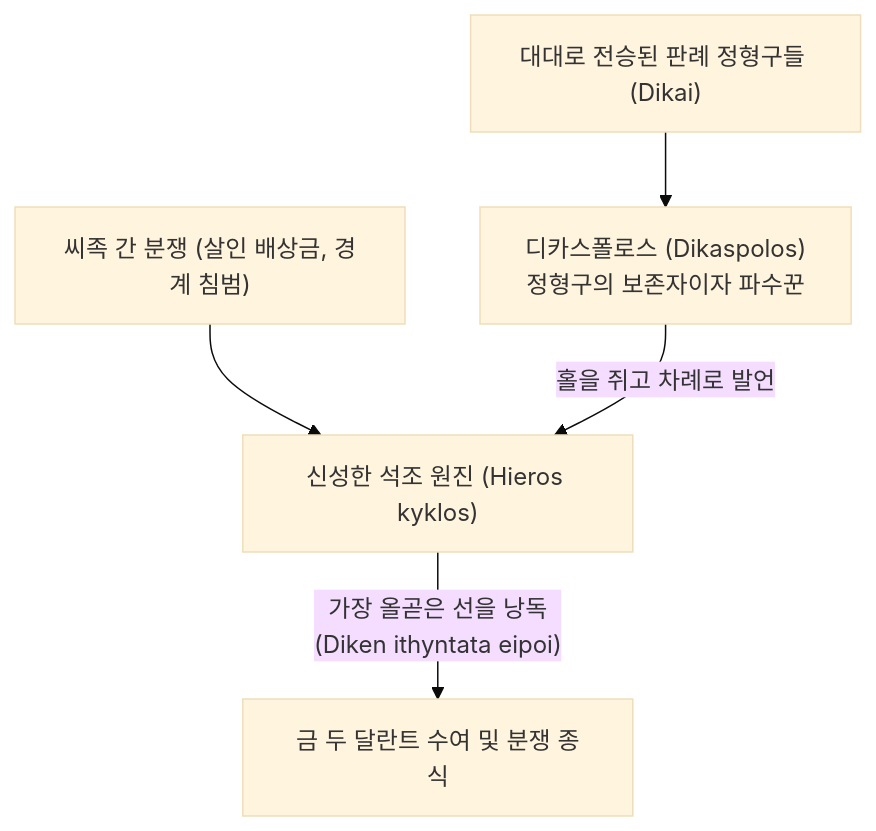
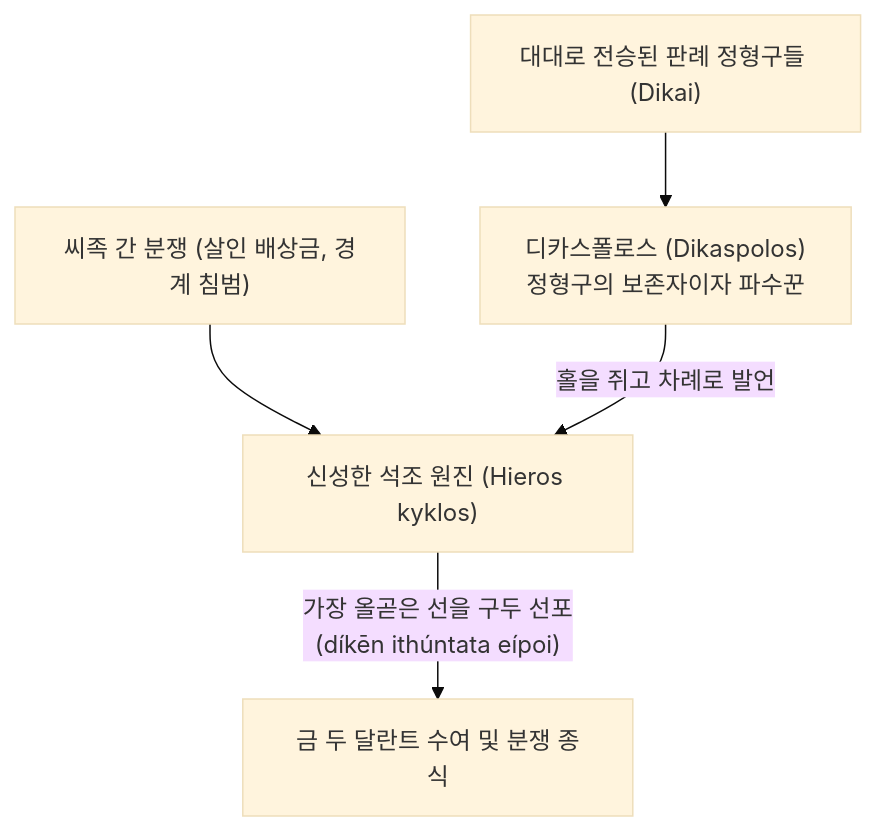
Before and after one commit to YgHnSIM/Homer_wiki: the diagram in wiki/concepts/concept-dike.md, drawn with Mermaid (base theme). The commit also changed other lines of this file and 3 other files, not shown here.

````diff
--- a/wiki/concepts/concept-dike.md
+++ b/wiki/concepts/concept-dike.md
@@ -49,7 +49,7 @@
 ```mermaid
 graph TD
     Tradition["대대로 전승된 판례 정형구들 (Dikai)"] --> Keeper["디카스폴로스 (Dikaspolos)<br/>정형구의 보존자이자 파수꾼"]
     Dispute["씨족 간 분쟁 (살인 배상금, 경계 침범)"] --> Court["신성한 석조 원진 (Hieros kyklos)"]
     Keeper -->|"홀을 쥐고 차례로 발언"| Court
-    Court -->|"가장 올곧은 선을 낭독<br/>(Diken ithyntata eipoi)"| Award["금 두 달란트 수여 및 분쟁 종식"]
+    Court -->|"가장 올곧은 선을 구두 선포<br/>(díkēn ithúntata eípoi)"| Award["금 두 달란트 수여 및 분쟁 종식"]
 ```
````
